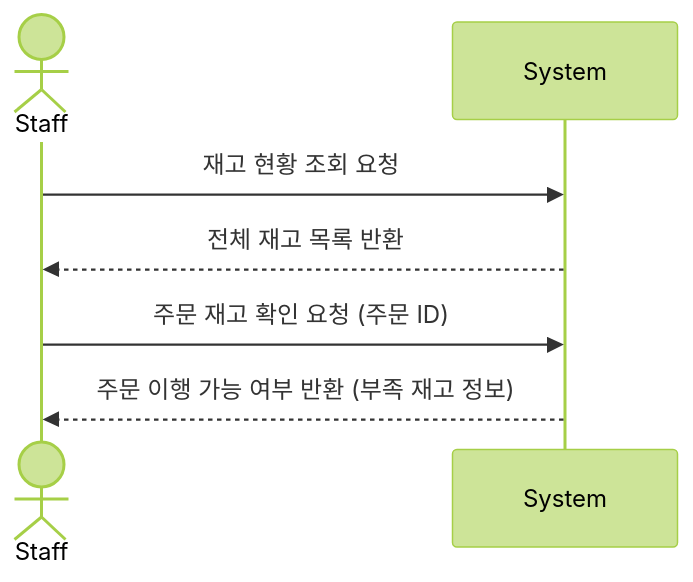
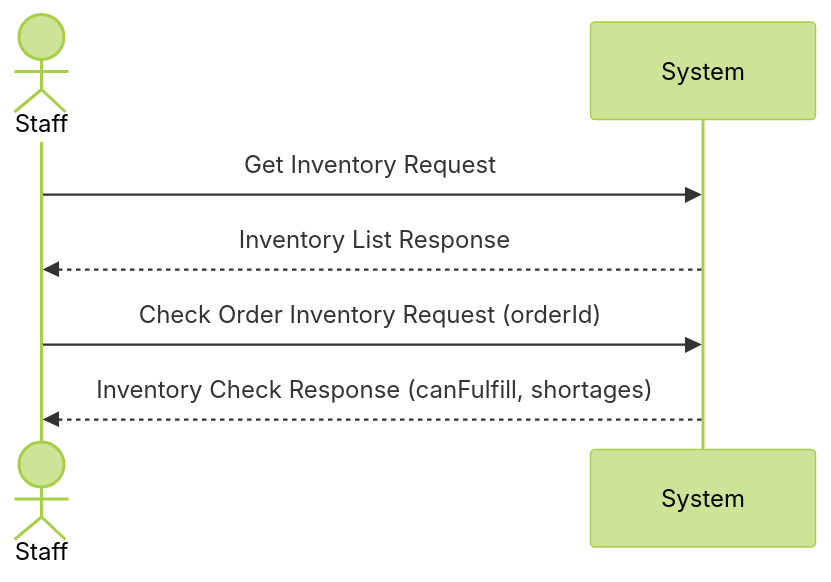
The ninth of 11 diagrams in docs/system-sequence-diagrams.md (Ddogan-zip/ddoganzip-backend), drawn with Mermaid (forest theme) before and after one commit. The commit also changed other lines of this file, not shown here.

First line of the commit message:
Update sequence diagram messages to English

````diff
--- a/docs/system-sequence-diagrams.md
+++ b/docs/system-sequence-diagrams.md
@@ -118,11 +118,11 @@
 ```mermaid
 sequenceDiagram
     actor Staff
     participant System
 
-    Staff->>System: 재고 현황 조회 요청
-    System-->>Staff: 전체 재고 목록 반환
+    Staff->>System: Get Inventory Request
+    System-->>Staff: Inventory List Response
 
-    Staff->>System: 주문 재고 확인 요청 (주문 ID)
-    System-->>Staff: 주문 이행 가능 여부 반환 (부족 재고 정보)
+    Staff->>System: Check Order Inventory Request (orderId)
+    System-->>Staff: Inventory Check Response (canFulfill, shortages)
 ```
````
